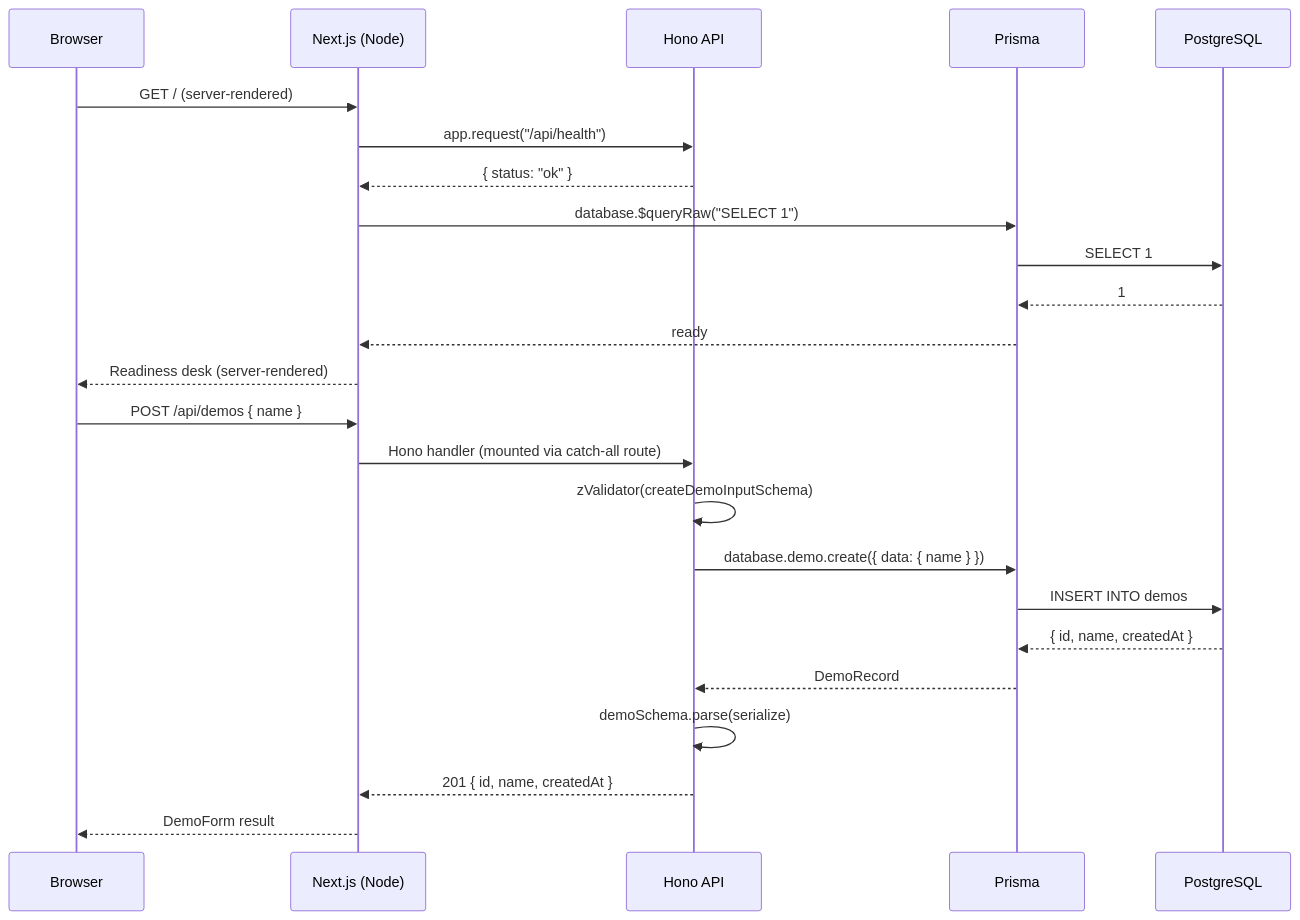
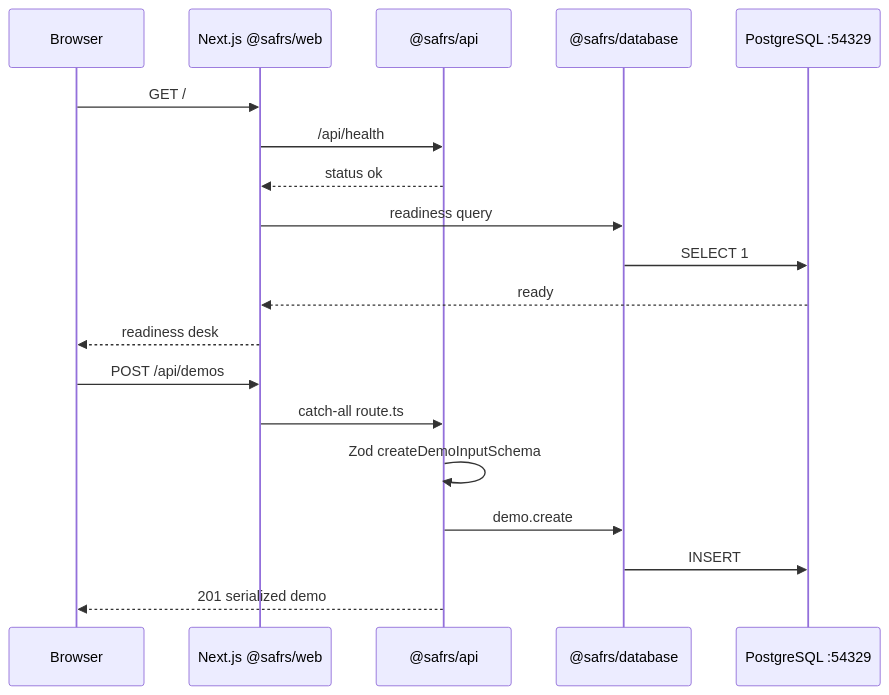
The fourth of 4 diagrams in sentrawiki/overview/architecture.md (drferdi/Monorepo-safrs), drawn with Mermaid before and after one commit. The commit also changed other lines of this file and 197 other files, not shown here.

````diff
--- a/sentrawiki/overview/architecture.md
+++ b/sentrawiki/overview/architecture.md
@@ -110,28 +91,23 @@
 ```mermaid
 sequenceDiagram
     participant B as Browser
-    participant N as Next.js (Node)
-    participant H as Hono API
-    participant P as Prisma
-    participant PG as PostgreSQL
+    participant N as Next.js @safrs/web
+    participant H as @safrs/api
+    participant P as @safrs/database
+    participant PG as PostgreSQL :54329
 
-    B->>N: GET / (server-rendered)
-    N->>H: app.request("/api/health")
-    H-->>N: { status: "ok" }
-    N->>P: database.$queryRaw("SELECT 1")
+    B->>N: GET /
+    N->>H: /api/health
+    H-->>N: status ok
+    N->>P: readiness query
     P->>PG: SELECT 1
-    PG-->>P: 1
-    P-->>N: ready
-    N-->>B: Readiness desk (server-rendered)
+    PG-->>N: ready
+    N-->>B: readiness desk
 
-    B->>N: POST /api/demos { name }
-    N->>H: Hono handler (mounted via catch-all route)
-    H->>H: zValidator(createDemoInputSchema)
-    H->>P: database.demo.create({ data: { name } })
-    P->>PG: INSERT INTO demos
-    PG-->>P: { id, name, createdAt }
-    P-->>H: DemoRecord
-    H->>H: demoSchema.parse(serialize)
-    H-->>N: 201 { id, name, createdAt }
-    N-->>B: DemoForm result
+    B->>N: POST /api/demos
+    N->>H: catch-all route.ts
+    H->>H: Zod createDemoInputSchema
+    H->>P: demo.create
+    P->>PG: INSERT
+    H-->>B: 201 serialized demo
 ```
````
